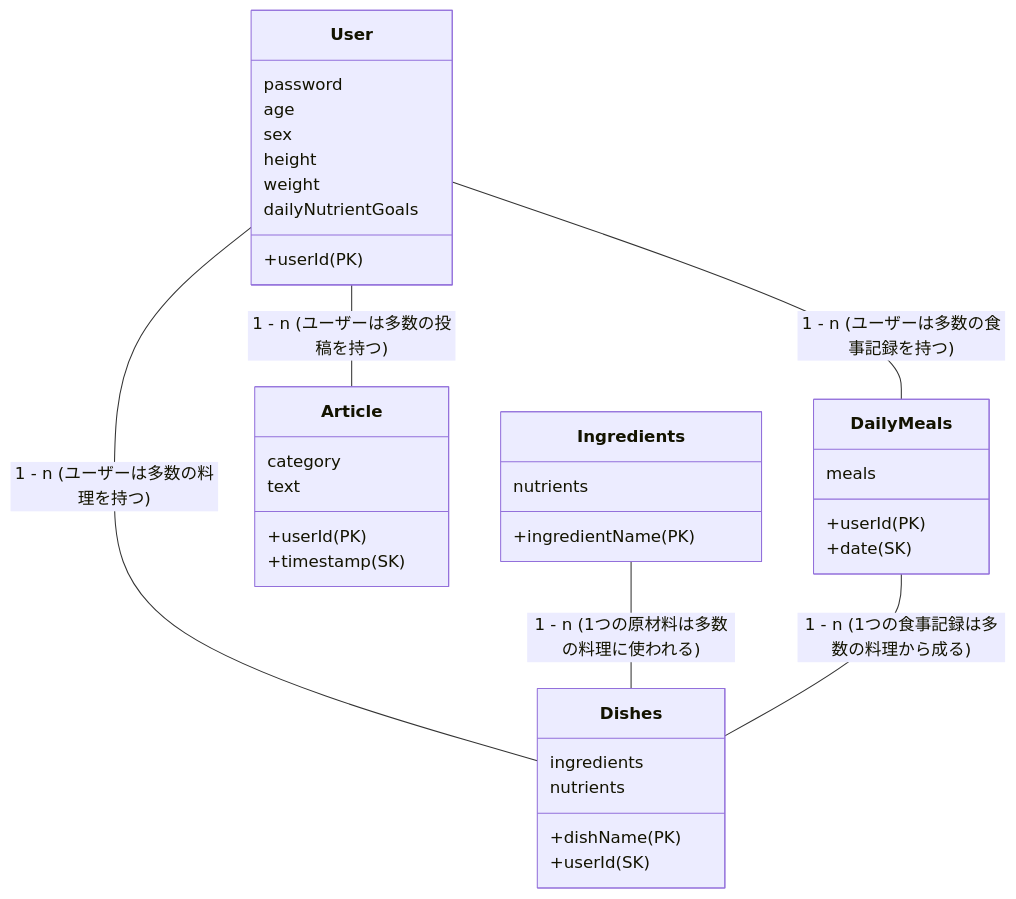
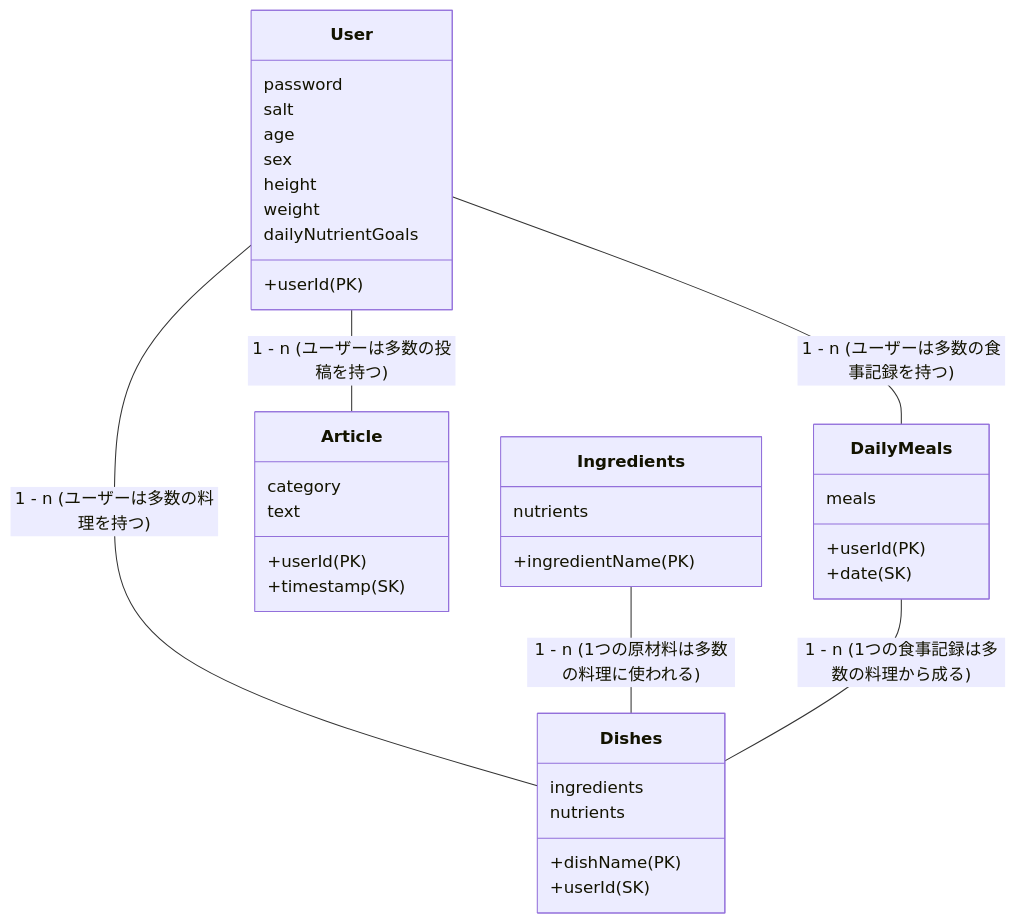
The diagram in README.md (taichi-126/mti-inter), drawn with Mermaid before and after one commit. The commit also changed other lines of this file, not shown here.

````diff
--- a/README.md
+++ b/README.md
@@ -41,44 +41,45 @@
 ```mermaid
 classDiagram
     User -- DailyMeals : 1 - n (ユーザーは多数の食事記録を持つ)
     User -- Article : 1 - n (ユーザーは多数の投稿を持つ)
     User -- Dishes : 1 - n (ユーザーは多数の料理を持つ)
     Ingredients -- Dishes : 1 - n (1つの原材料は多数の料理に使われる)
     DailyMeals -- Dishes : 1 - n (1つの食事記録は多数の料理から成る)
 
     class User {
         +userId (PK)
         password
+        salt
         age
         sex
         height
 　　　　　　　　　　　　　　　　weight
         dailyNutrientGoals
     }
 
     class Article {
        +userId(PK)
        +timestamp(SK)
        category
        text
     }
 
     class Dishes {
         +dishName (PK)
         +userId (SK)
         ingredients
         nutrients
     }
 
     class DailyMeals {
         +userId (PK)
         +date (SK)
         meals 
     }
 
     class Ingredients {
         +ingredientName (PK)
         nutrients
     }
 
 ```
````
